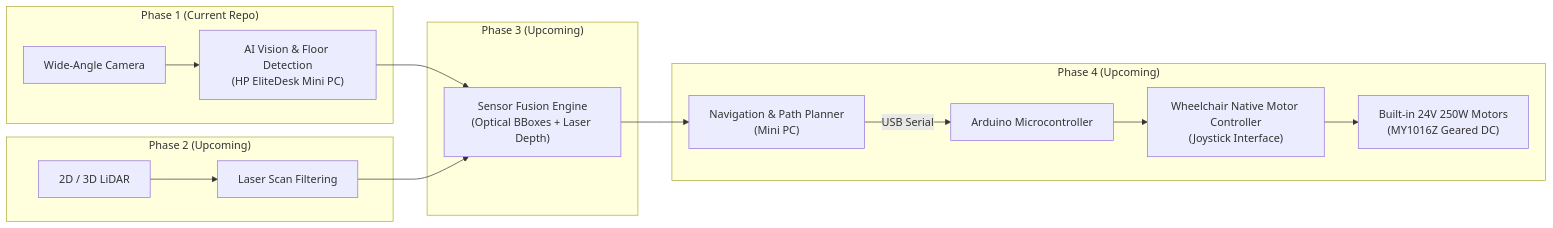
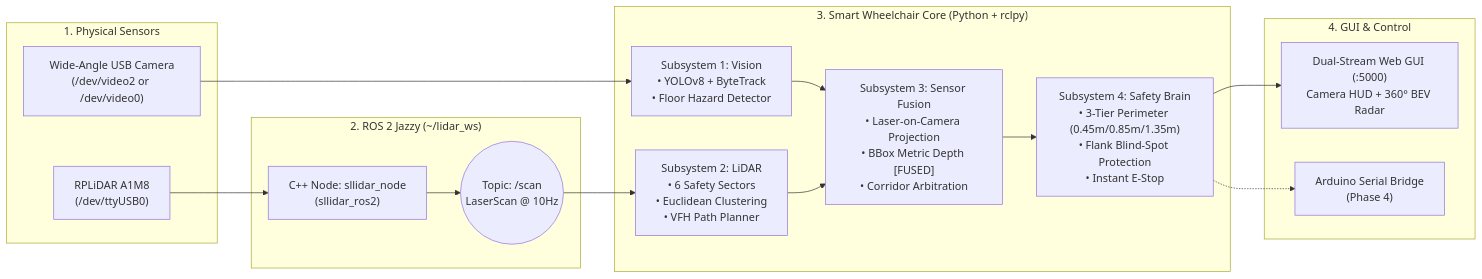
Before and after one commit to khairycse404/smart-wheelchair: the diagram in README.md, drawn with Mermaid. The commit also changed other lines of this file and 12 other files, not shown here.

Commit message:
Add Phase 2 (360 RPLiDAR A1M8 clustering & VFH path planner) and Phase 3 (Camera+LiDAR Sensor Fusion & 3-tier E-Stop safety)

````diff
--- a/README.md
+++ b/README.md
@@ -49,22 +33,32 @@
 ```mermaid
 flowchart LR
-    subgraph S1 ["Phase 1 (Current Repo)"]
-        CAM["Wide-Angle Camera"] --> AI["AI Vision & Floor Detection\n(HP EliteDesk Mini PC)"]
+    subgraph Sensors ["1. Physical Sensors"]
+        CAM["Wide-Angle USB Camera\n(/dev/video2 or /dev/video0)"]
+        LIDAR["RPLiDAR A1M8\n(/dev/ttyUSB0)"]
     end
 
-    subgraph S2 ["Phase 2 (Upcoming)"]
-        LIDAR["2D / 3D LiDAR"] --> LSCAN["Laser Scan Filtering"]
+    subgraph ROS2 ["2. ROS 2 Jazzy (~/lidar_ws)"]
+        SLNODE["C++ Node: sllidar_node\n(sllidar_ros2)"]
+        SCAN(("Topic: /scan\nLaserScan @ 10Hz"))
     end
 
-    subgraph S3 ["Phase 3 (Upcoming)"]
-        AI --> FUSION["Sensor Fusion Engine\n(Optical BBoxes + Laser Depth)"]
-        LSCAN --> FUSION
+    subgraph Core ["3. Smart Wheelchair Core (Python + rclpy)"]
+        VIS["Subsystem 1: Vision\n• YOLOv8 + ByteTrack\n• Floor Hazard Detector"]
+        LID["Subsystem 2: LiDAR\n• 6 Safety Sectors\n• Euclidean Clustering\n• VFH Path Planner"]
+        FUS["Subsystem 3: Sensor Fusion\n• Laser-on-Camera Projection\n• BBox Metric Depth [FUSED]\n• Corridor Arbitration"]
+        SAFE["Subsystem 4: Safety Brain\n• 3-Tier Perimeter (0.45m/0.85m/1.35m)\n• Flank Blind-Spot Protection\n• Instant E-Stop"]
     end
 
-    subgraph S4 ["Phase 4 (Upcoming)"]
-        FUSION --> PLAN["Navigation & Path Planner\n(Mini PC)"]
-        PLAN -->|USB Serial| ARD["Arduino Microcontroller"]
-        ARD --> CTRL["Wheelchair Native Motor Controller\n(Joystick Interface)"]
-        CTRL --> MOT["Built-in 24V 250W Motors\n(MY1016Z Geared DC)"]
+    subgraph Output ["4. GUI & Control"]
+        WEB["Dual-Stream Web GUI (:5000)\nCamera HUD + 360° BEV Radar"]
+        ARD["Arduino Serial Bridge\n(Phase 4)"]
     end
+
+    CAM --> VIS
+    LIDAR --> SLNODE --> SCAN --> LID
+    VIS --> FUS
+    LID --> FUS
+    FUS --> SAFE
+    SAFE --> WEB
+    SAFE -.-> ARD
 ```
````
